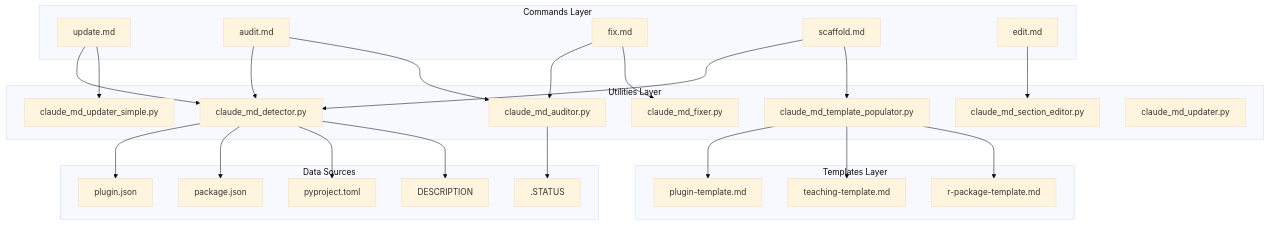
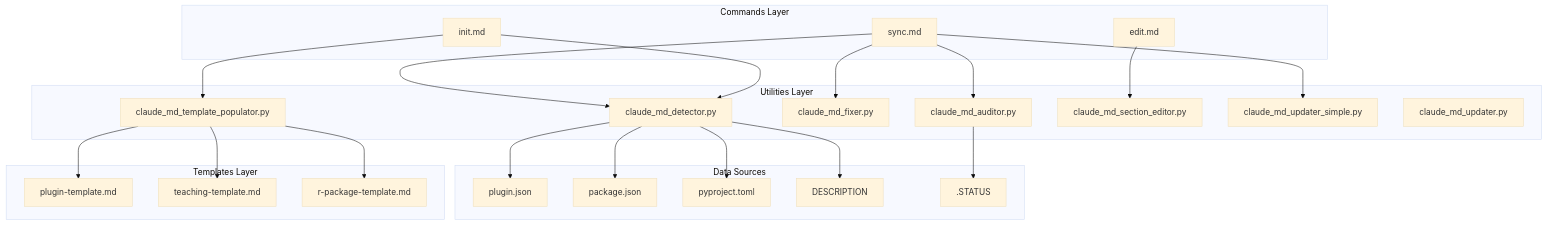
The diagram in docs/FEATURE-RELEASE-CLAUDE-MD.md (Data-Wise/craft), drawn with Mermaid (base theme) before and after one commit. The commit also changed other lines of this file and 32 other files, not shown here.

````diff
--- a/docs/FEATURE-RELEASE-CLAUDE-MD.md
+++ b/docs/FEATURE-RELEASE-CLAUDE-MD.md
@@ -213,55 +211,51 @@
 ```mermaid
 graph TB
     subgraph "Commands Layer"
-        Update[update.md]
-        Audit[audit.md]
-        Fix[fix.md]
-        Scaffold[scaffold.md]
+        Sync[sync.md]
+        Init[init.md]
         Edit[edit.md]
     end
 
     subgraph "Utilities Layer"
         Detector[claude_md_detector.py]
         Auditor[claude_md_auditor.py]
         Fixer[claude_md_fixer.py]
         Populator[claude_md_template_populator.py]
         Editor[claude_md_section_editor.py]
         UpdaterSimple[claude_md_updater_simple.py]
         UpdaterFull[claude_md_updater.py]
     end
 
     subgraph "Templates Layer"
         PluginTemplate[plugin-template.md]
         TeachingTemplate[teaching-template.md]
         RPackageTemplate[r-package-template.md]
     end
 
     subgraph "Data Sources"
         PluginJSON[plugin.json]
         PackageJSON[package.json]
         PyProject[pyproject.toml]
         Description[DESCRIPTION]
         StatusFile[.STATUS]
     end
 
-    Update --> Detector
-    Update --> UpdaterSimple
-    Audit --> Detector
-    Audit --> Auditor
-    Fix --> Auditor
-    Fix --> Fixer
-    Scaffold --> Detector
-    Scaffold --> Populator
+    Sync --> Detector
+    Sync --> UpdaterSimple
+    Sync --> Auditor
+    Sync --> Fixer
+    Init --> Detector
+    Init --> Populator
     Edit --> Editor
 
     Detector --> PluginJSON
     Detector --> PackageJSON
     Detector --> PyProject
     Detector --> Description
 
     Populator --> PluginTemplate
     Populator --> TeachingTemplate
     Populator --> RPackageTemplate
 
     Auditor --> StatusFile
 ```
````
